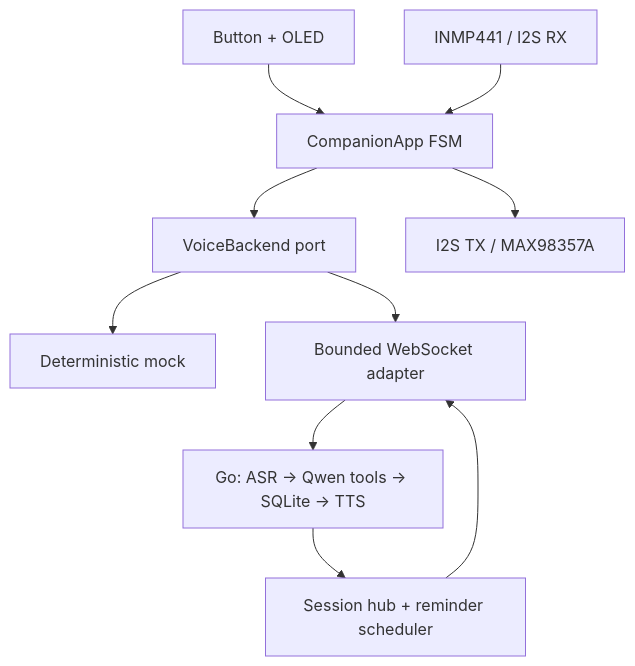
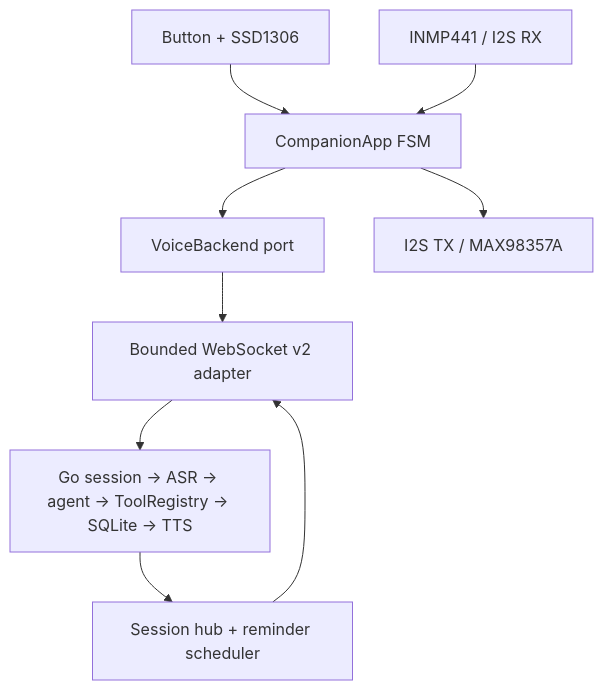
One commit to diepgiahuy/ai-companion changed the first of 2 diagrams in docs/ARCHITECTURE.md. Above: the diagram before and after it, drawn with Mermaid. The commit also changed other lines of this file, not shown here.

Commit message:
docs: align implementation architecture with single product path

````diff
--- a/docs/ARCHITECTURE.md
+++ b/docs/ARCHITECTURE.md
@@ -10,12 +15,11 @@
 ```mermaid
 flowchart TD
-    IO["Button + OLED"] --> App["CompanionApp FSM"]
+    IO["Button + SSD1306"] --> App["CompanionApp FSM"]
     Mic["INMP441 / I2S RX"] --> App
     App --> Port["VoiceBackend port"]
-    Port --> Mock["Deterministic mock"]
-    Port --> WS["Bounded WebSocket adapter"]
-    WS --> BE["Go: ASR -> Qwen tools -> SQLite -> TTS"]
+    Port --> WS["Bounded WebSocket v2 adapter"]
+    WS --> BE["Go session -> ASR -> agent -> ToolRegistry -> SQLite -> TTS"]
     BE --> Hub["Session hub + reminder scheduler"]
     Hub --> WS
     App --> Speaker["I2S TX / MAX98357A"]
 ```
````
